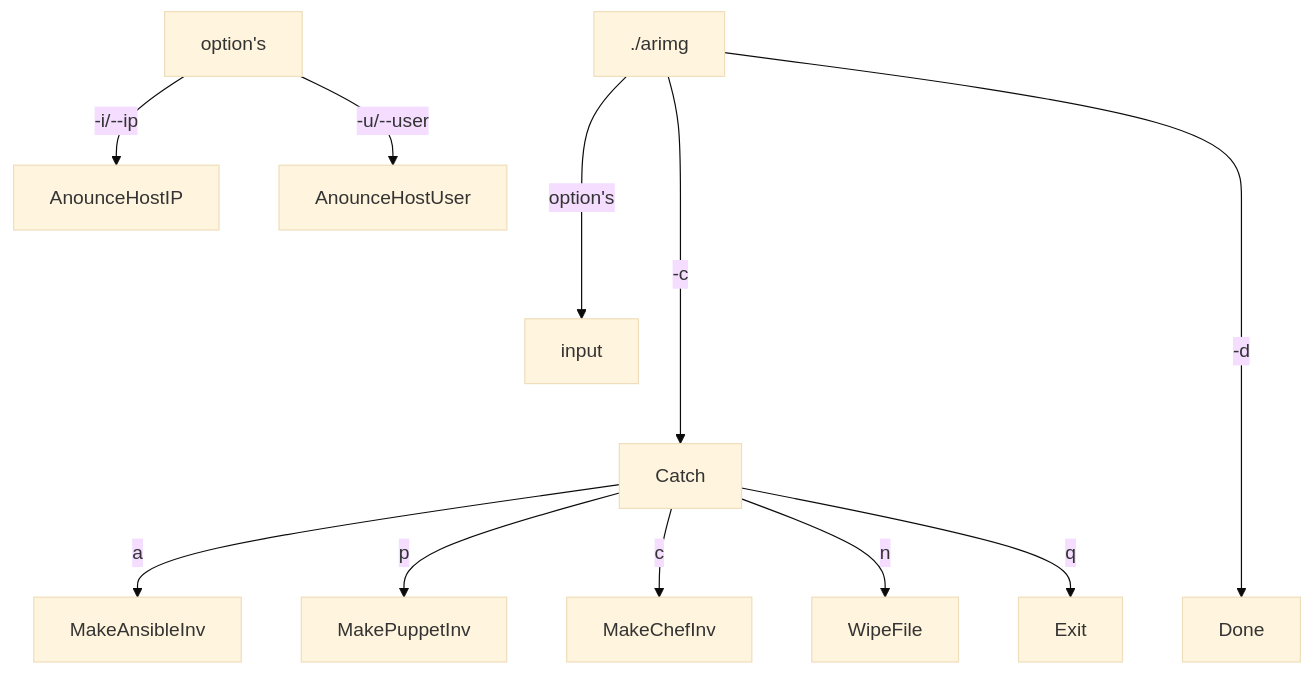
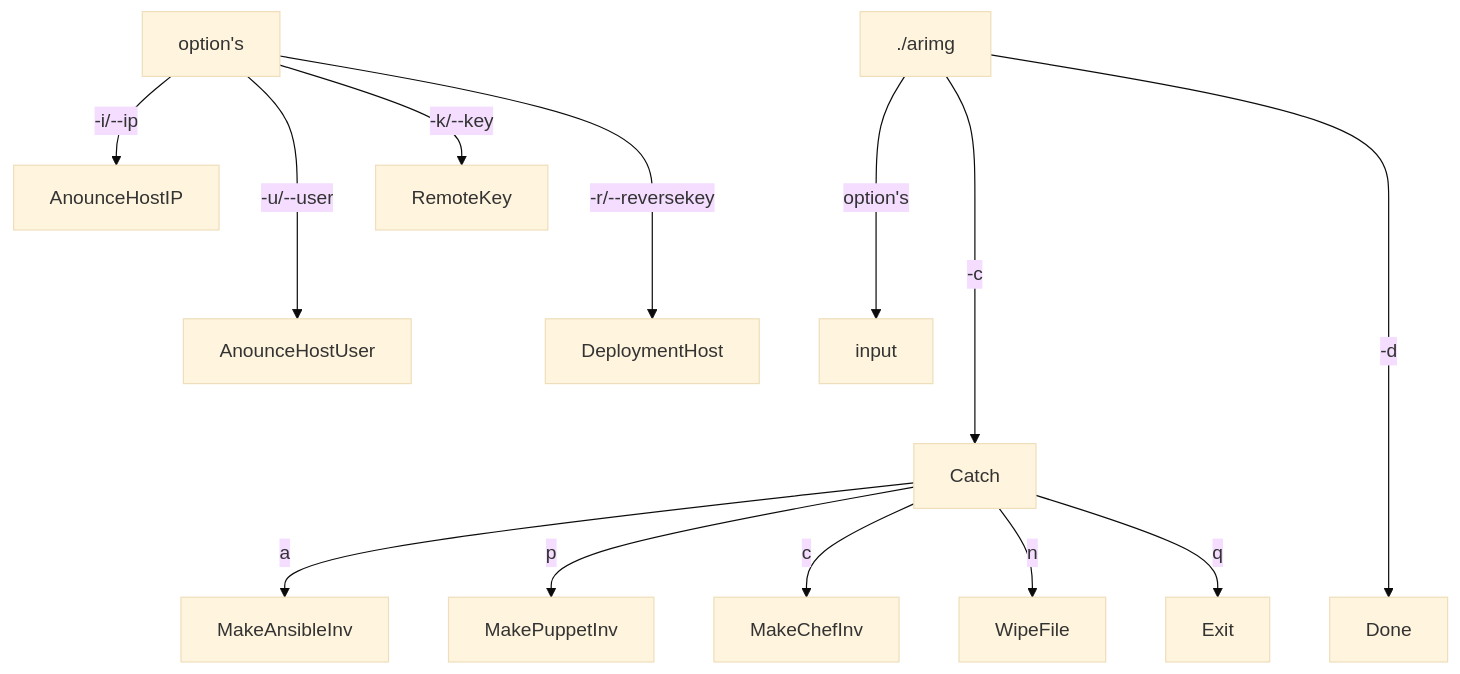
The first of 3 diagrams in chart.md (swaaws/ARiMg), drawn with Mermaid (base theme) before and after one commit. The commit also changed other lines of this file, not shown here.

````diff
--- a/chart.md
+++ b/chart.md
@@ -1,15 +3,20 @@
 ```mermaid
 graph TD;
+  ./arimg--->|option's|input
   ./arimg---->|-c|Catch;
   ./arimg----->|-d|Done;
- 
+
+
   Catch-->|a|MakeAnsibleInv;
   Catch-->|p|MakePuppetInv;
   Catch-->|c|MakeChefInv;
   Catch-->|n|WipeFile;
   Catch-->|q|Exit;
+
+
+
   option's-->|-i/--ip|AnounceHostIP
-  option's-->|-u/--user|AnounceHostUser
-  ./arimg--->|option's|input
-  
+  option's--->|-u/--user|AnounceHostUser
+  option's-->|-k/--key|RemoteKey
+  option's--->|-r/--reversekey|DeploymentHost
 ```
````
